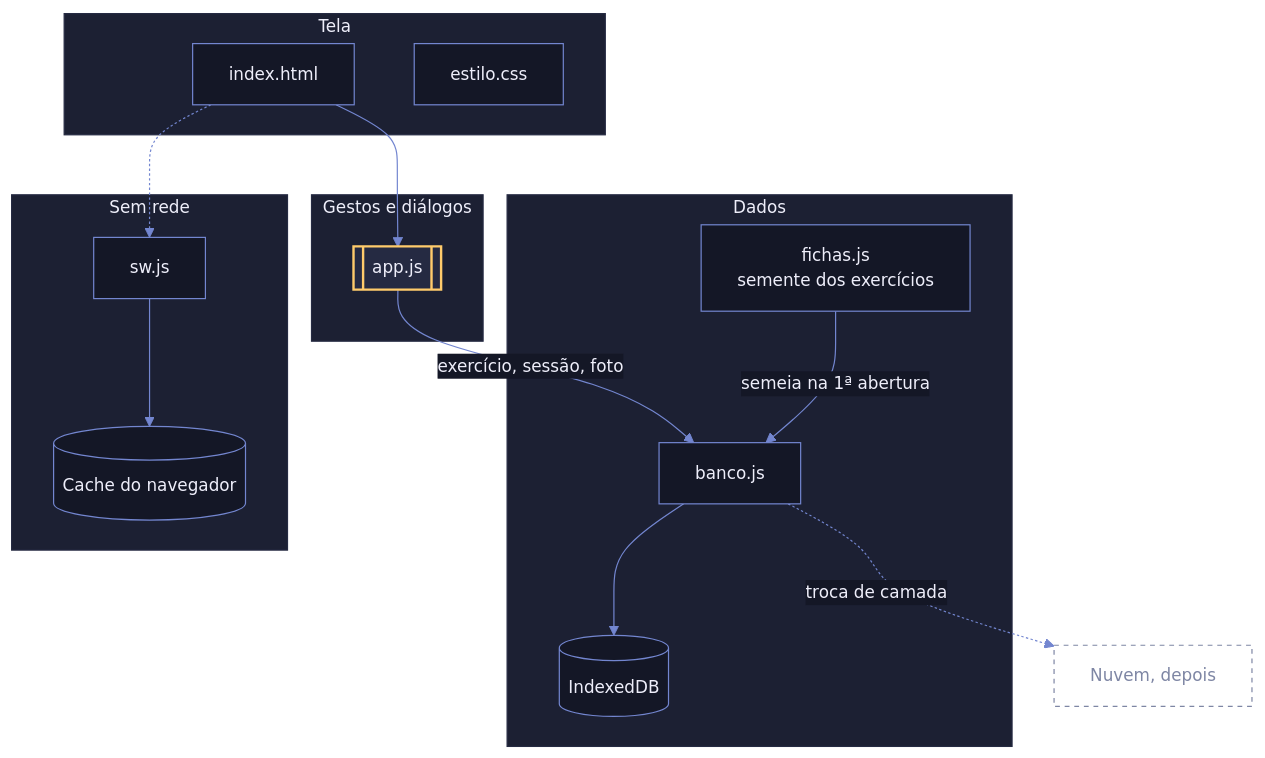
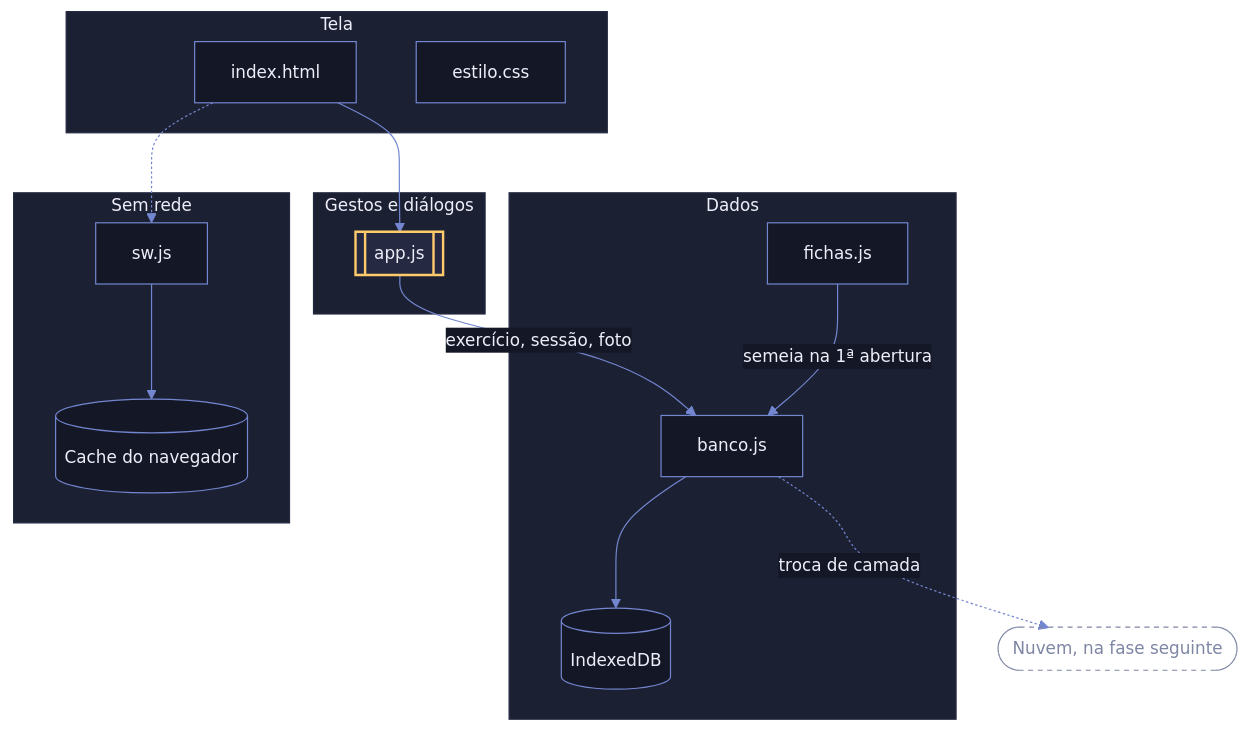
Before and after one commit to v-amorim/academia: the first of 3 diagrams in README.md, drawn with Mermaid. The commit also changed other lines of this file, not shown here.

````diff
--- a/README.md
+++ b/README.md
@@ -33,39 +18,75 @@
 ```mermaid
-%%{init: {"theme": "base", "themeVariables": {"darkMode": true, "background": "#0D0E17", "mainBkg": "#141726", "primaryColor": "#141726", "primaryTextColor": "#EEEEFA", "primaryBorderColor": "#7386d0", "secondaryColor": "#252A42", "secondaryTextColor": "#EEEEFA", "secondaryBorderColor": "#8A9BE0", "tertiaryColor": "#7386D0", "tertiaryTextColor": "#EEEEFA", "tertiaryBorderColor": "#A2B0EA", "lineColor": "#7386d0", "textColor": "#EEEEFA", "titleColor": "#EEEEFA", "nodeBorder": "#7386d0", "nodeTextColor": "#EEEEFA", "clusterBkg": "#1C2033", "clusterBorder": "#252A42", "edgeLabelBackground": "#141726", "actorBkg": "#141726", "actorBorder": "#7386d0", "actorTextColor": "#EEEEFA", "actorLineColor": "#7386d0", "signalColor": "#7386d0", "signalTextColor": "#EEEEFA", "labelBoxBkgColor": "#252A42", "labelBoxBorderColor": "#7386d0", "labelTextColor": "#EEEEFA", "loopTextColor": "#EEEEFA", "noteBkgColor": "#7386D0", "noteTextColor": "#EEEEFA", "noteBorderColor": "#7386d0", "activationBkgColor": "#252A42", "activationBorderColor": "#ffcb6b", "arrowheadColor": "#7386d0", "border1": "#7386d0", "border2": "#7E86A4", "errorBkgColor": "#7386D0", "errorTextColor": "#EEEEFA", "fontFamily": "Mulish, system-ui, sans-serif", "fontSize": "14px", "sequenceNumberColor": "#0D0E17"}}}%%
+---
+config:
+  theme: base
+  themeVariables:
+    darkMode: true
+    background: "#0D0E17"
+    mainBkg: "#141726"
+    primaryColor: "#141726"
+    primaryTextColor: "#EEEEFA"
+    primaryBorderColor: "#7386d0"
+    secondaryColor: "#252A42"
+    secondaryTextColor: "#EEEEFA"
+    secondaryBorderColor: "#8A9BE0"
+    tertiaryColor: "#7386D0"
+    tertiaryTextColor: "#EEEEFA"
+    tertiaryBorderColor: "#A2B0EA"
+    lineColor: "#7386d0"
+    textColor: "#EEEEFA"
+    titleColor: "#EEEEFA"
+    nodeBorder: "#7386d0"
+    nodeTextColor: "#EEEEFA"
+    clusterBkg: "#1C2033"
+    clusterBorder: "#252A42"
+    edgeLabelBackground: "#141726"
+    noteBkgColor: "#7386D0"
+    noteTextColor: "#EEEEFA"
+    noteBorderColor: "#7386d0"
+    activationBkgColor: "#252A42"
+    activationBorderColor: "#ffcb6b"
+    arrowheadColor: "#7386d0"
+    border1: "#7386d0"
+    border2: "#7E86A4"
+    errorBkgColor: "#7386D0"
+    errorTextColor: "#EEEEFA"
+    fontFamily: "Mulish, system-ui, sans-serif"
+    fontSize: "14px"
+---
 flowchart TB
   classDef router fill:#252A42,stroke:#ffcb6b,stroke-width:2px,color:#EEEEFA
   classDef ghost fill:transparent,stroke:#7E86A4,stroke-dasharray:4 4,color:#7E86A4
 
   subgraph tela["Tela"]
-    html["index.html"]
-    css["estilo.css"]
+    html["`index.html`"]
+    css["`estilo.css`"]
   end
 
-  subgraph gestos["Gestos e diálogos"]
-    app[["app.js"]]
+  subgraph logica["Gestos e diálogos"]
+    app[["`app.js`"]]
   end
 
   subgraph dados["Dados"]
-    fichas["fichas.js<br>semente dos exercícios"]
-    banco["banco.js"]
-    idb[("IndexedDB")]
+    fichas["`fichas.js`"]
+    banco["`banco.js`"]
+    idb[("`IndexedDB`")]
   end
 
-  subgraph semrede["Sem rede"]
-    sw["sw.js"]
-    cache[("Cache do navegador")]
+  subgraph offline["Sem rede"]
+    sw["`sw.js`"]
+    cache[("`Cache do navegador`")]
   end
 
-  nuvem["Nuvem, depois"]
+  nuvem(["`Nuvem, na fase seguinte`"])
 
   html --> app
   app -->|"exercício, sessão, foto"| banco
   fichas -->|"semeia na 1ª abertura"| banco
   banco --> idb
   html -.-> sw
   sw --> cache
   banco -.->|"troca de camada"| nuvem
 
   class app router
   class nuvem ghost
 ```
````
